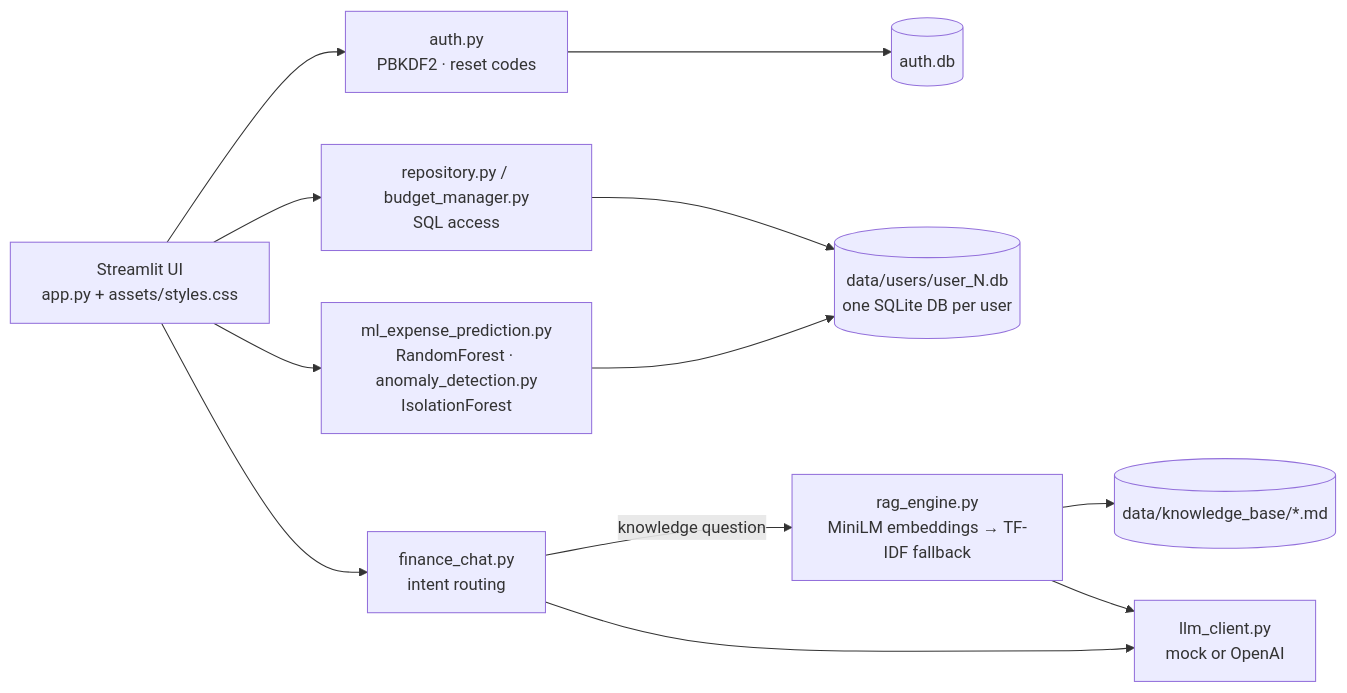
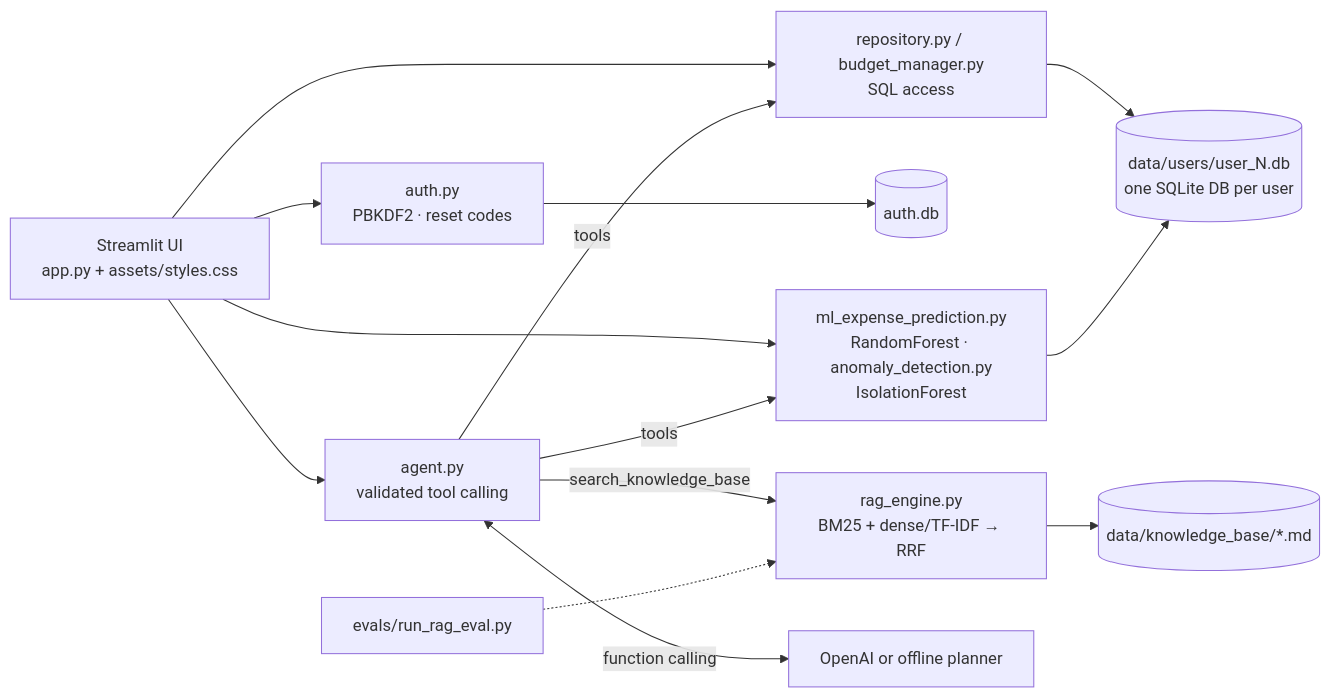
Before and after one commit to arka-builds/Finlytic-AI: the diagram in README.md, drawn with Mermaid. The commit also changed other lines of this file and 14 other files, not shown here.

Commit message:
Upgrade Finlytic AI agent, hybrid RAG and diagnostics

````diff
--- a/README.md
+++ b/README.md
@@ -35,14 +57,16 @@
 ```mermaid
 flowchart LR
     UI["Streamlit UI<br/>app.py + assets/styles.css"] --> Auth["auth.py<br/>PBKDF2 · reset codes"]
     UI --> Repo["repository.py / budget_manager.py<br/>SQL access"]
     Repo --> UDB[("data/users/user_N.db<br/>one SQLite DB per user")]
     Auth --> ADB[("auth.db")]
     UI --> ML["ml_expense_prediction.py<br/>RandomForest · anomaly_detection.py<br/>IsolationForest"]
     ML --> UDB
-    UI --> Chat["finance_chat.py<br/>intent routing"]
-    Chat -->|knowledge question| RAG["rag_engine.py<br/>MiniLM embeddings → TF-IDF fallback"]
+    UI --> Agent["agent.py<br/>validated tool calling"]
+    Agent -->|tools| Repo
+    Agent -->|tools| ML
+    Agent -->|search_knowledge_base| RAG["rag_engine.py<br/>BM25 + dense/TF-IDF → RRF"]
     RAG --> KB[("data/knowledge_base/*.md")]
-    Chat --> LLM["llm_client.py<br/>mock or OpenAI"]
-    RAG --> LLM
+    Agent <-->|function calling| LLM["OpenAI or offline planner"]
+    Eval["evals/run_rag_eval.py"] -.-> RAG
 ```
````
